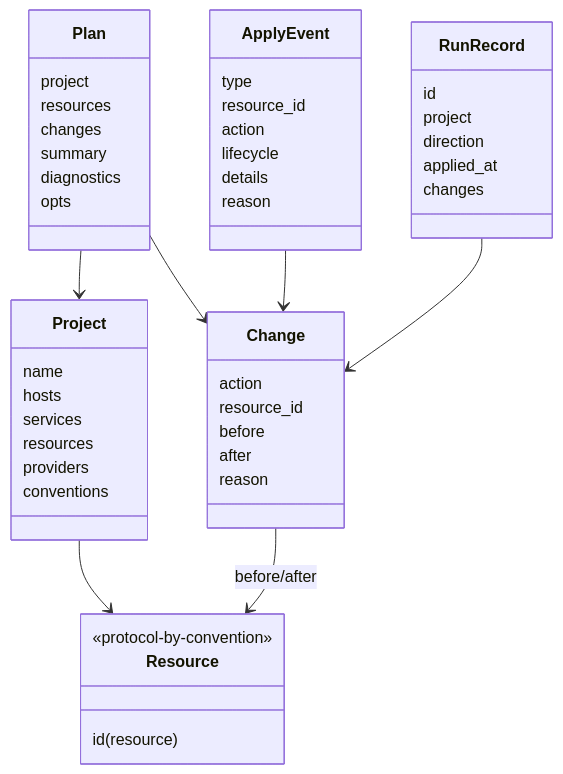
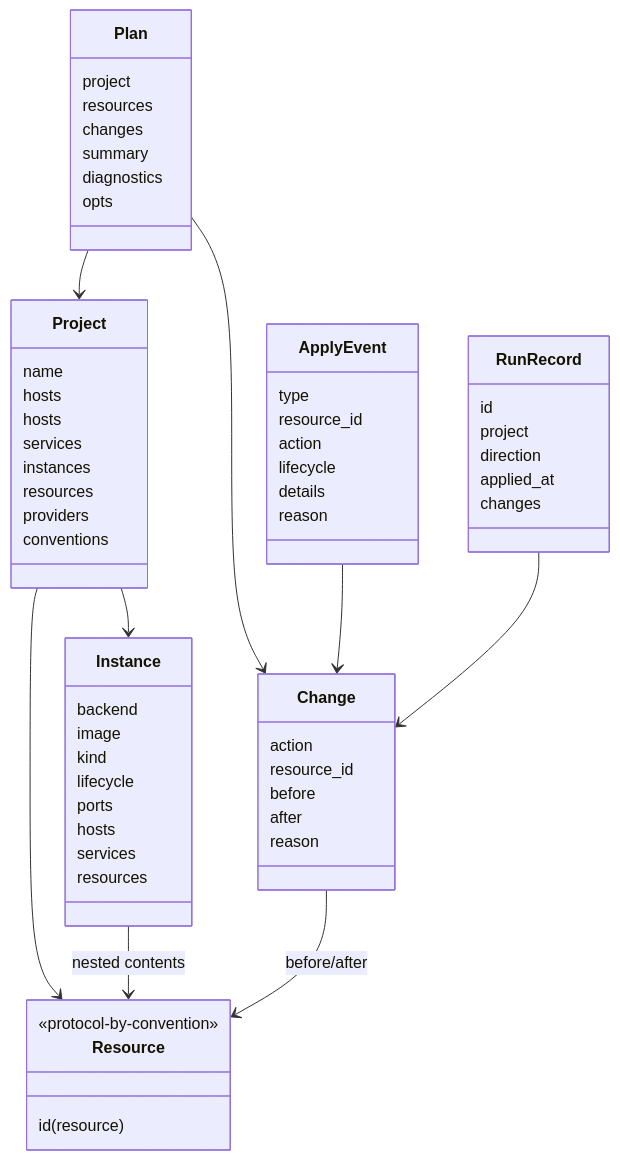
The second of 7 diagrams in guides/reference/internal-architecture.md (elixir-vibe/host_kit), drawn with Mermaid before and after one commit. The commit also changed other lines of this file and 7 other files, not shown here.

Commit message:
Add backend-neutral instance CLI

````diff
--- a/guides/reference/internal-architecture.md
+++ b/guides/reference/internal-architecture.md
@@ -27,57 +31,72 @@
 ```mermaid
 classDiagram
   class Project {
     name
     hosts
+    hosts
     services
+    instances
     resources
     providers
     conventions
+  }
+
+  class Instance {
+    backend
+    image
+    kind
+    lifecycle
+    ports
+    hosts
+    services
+    resources
   }
 
   class Resource {
     <<protocol-by-convention>>
     id(resource)
   }
 
   class Plan {
     project
     resources
     changes
     summary
     diagnostics
     opts
   }
 
   class Change {
     action
     resource_id
     before
     after
     reason
   }
 
   class ApplyEvent {
     type
     resource_id
     action
     lifecycle
     details
     reason
   }
 
   class RunRecord {
     id
     project
     direction
     applied_at
     changes
   }
 
+  Project --> Instance
   Project --> Resource
+  Instance --> Resource : nested contents
   Plan --> Project
   Plan --> Change
   Change --> Resource : before/after
   ApplyEvent --> Change
   RunRecord --> Change
 ```
````
